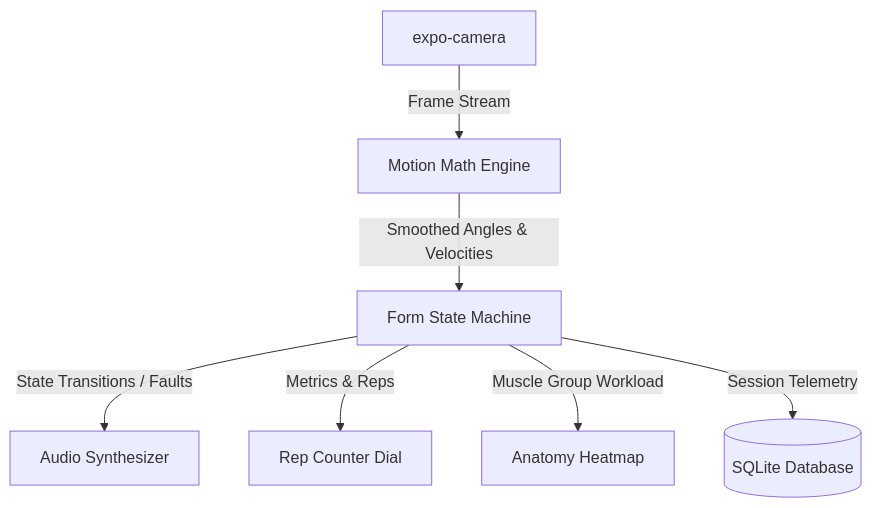
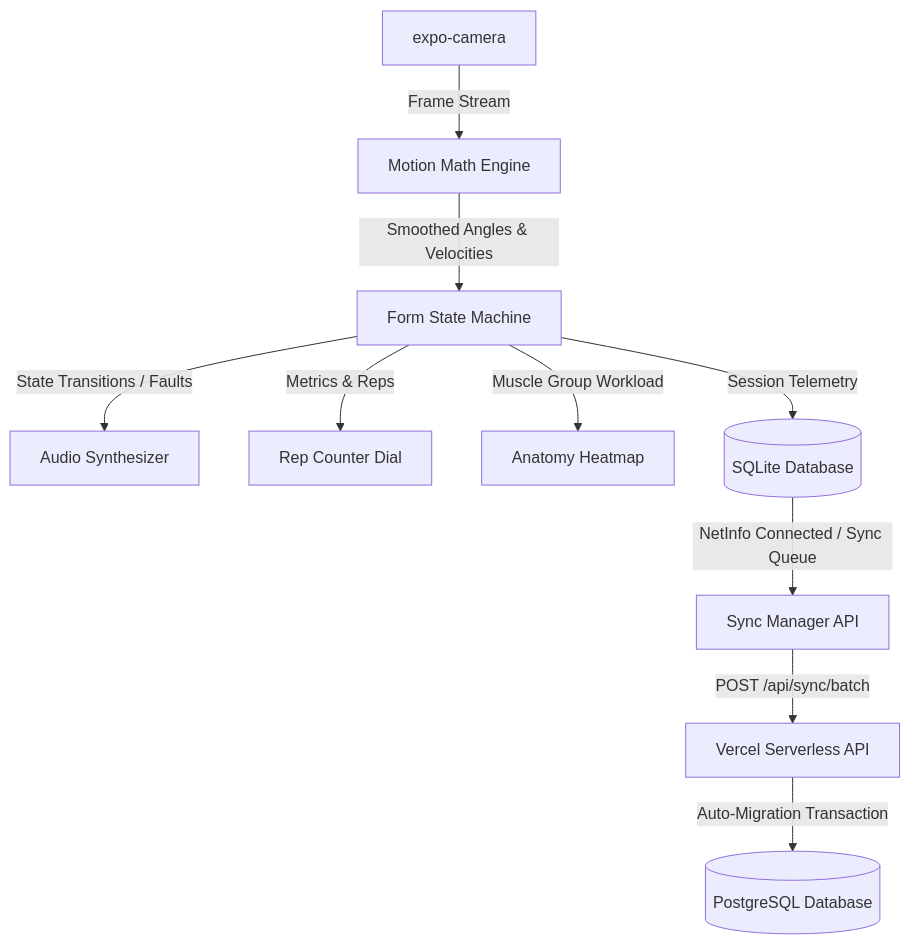
One commit to Keshavbp/Aura_Fitness changed the diagram in README.md. Above: the diagram before and after it, drawn with Mermaid. The commit also changed other lines of this file, not shown here.

Commit message:
docs: update README with security, backend, web portal details, and relative docs links

````diff
--- a/README.md
+++ b/README.md
@@ -30,9 +42,12 @@
 ```mermaid
 graph TD
     Camera[expo-camera] -->|Frame Stream| MotionMath[Motion Math Engine]
     MotionMath -->|Smoothed Angles & Velocities| StateMachine[Form State Machine]
     StateMachine -->|State Transitions / Faults| AudioSynth[Audio Synthesizer]
     StateMachine -->|Metrics & Reps| RepDial[Rep Counter Dial]
     StateMachine -->|Muscle Group Workload| AnatomyMap[Anatomy Heatmap]
     StateMachine -->|Session Telemetry| SQLite[(SQLite Database)]
+    SQLite -->|NetInfo Connected / Sync Queue| SyncWorker[Sync Manager API]
+    SyncWorker -->|POST /api/sync/batch| BackendAPI[Vercel Serverless API]
+    BackendAPI -->|Auto-Migration Transaction| PostgreSQL[(PostgreSQL Database)]
 ```
````
